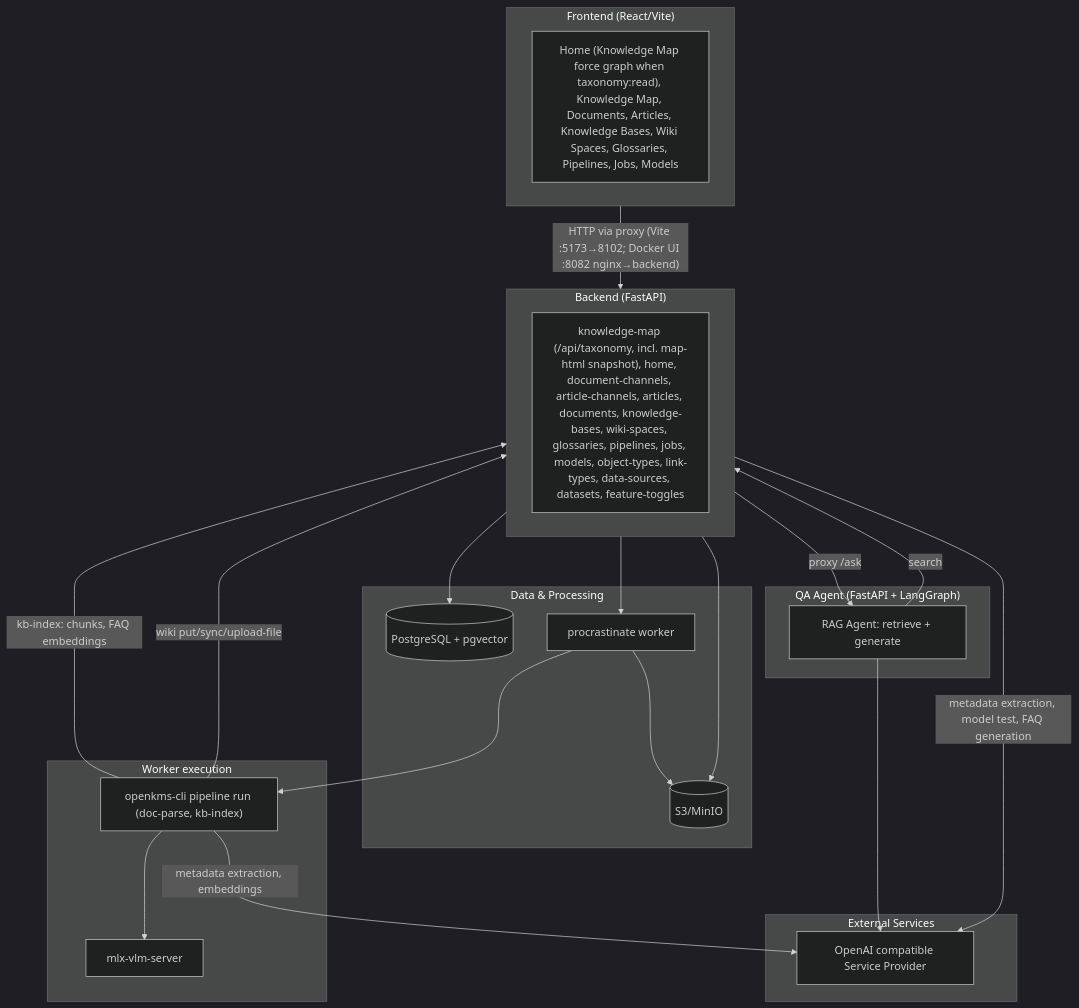
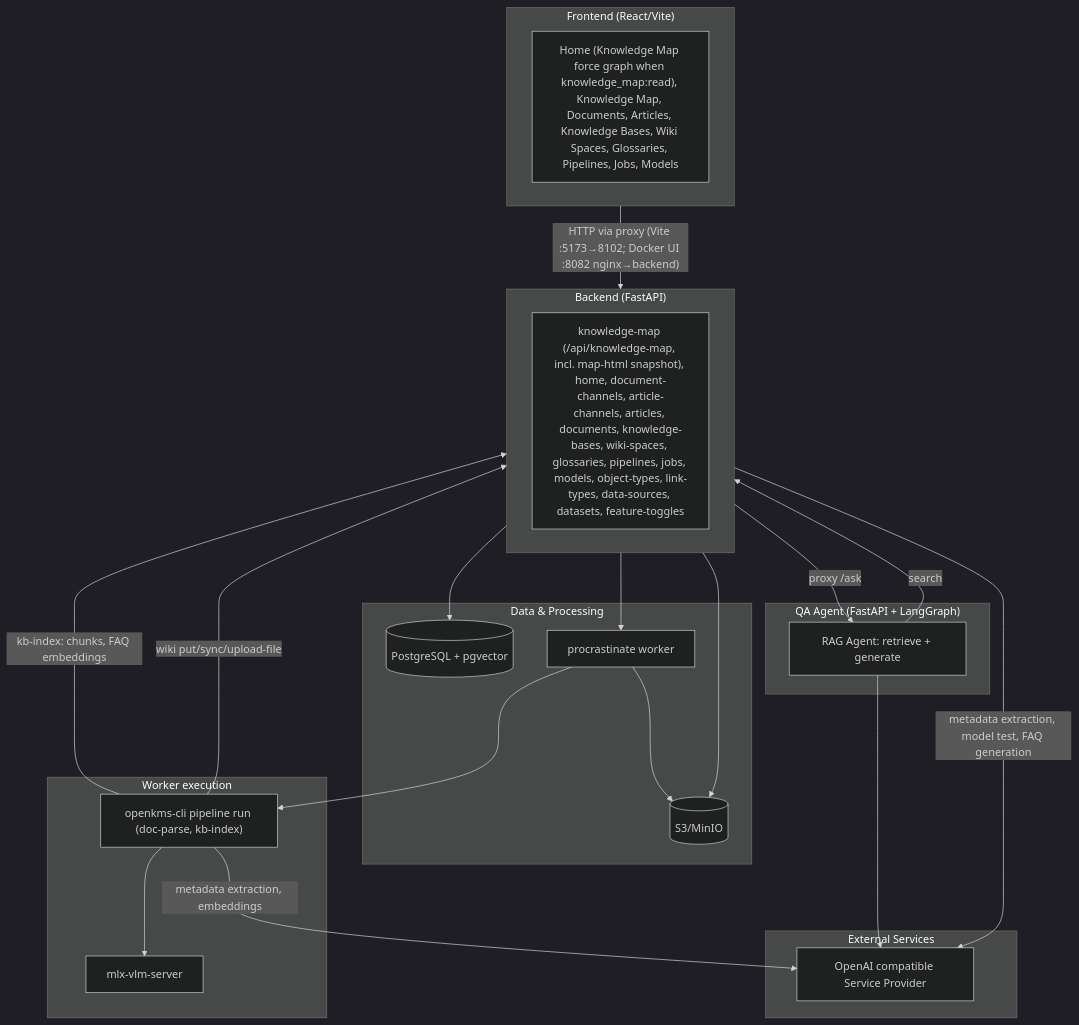
Before and after one commit to yingrui/openKMS: the first of 5 diagrams in docs/architecture.md, drawn with Mermaid (dark theme). The commit also changed other lines of this file and 43 other files, not shown here.

First line of the commit message:
Rename Knowledge Map API surface from taxonomy identifiers

````diff
--- a/docs/architecture.md
+++ b/docs/architecture.md
@@ -7,44 +7,44 @@
 ```mermaid
 flowchart TB
   subgraph Frontend["Frontend (React/Vite)"]
-    FE["Home (Knowledge Map force graph when taxonomy:read), Knowledge Map, Documents, Articles, Knowledge Bases, Wiki Spaces, Glossaries, Pipelines, Jobs, Models"]
+    FE["Home (Knowledge Map force graph when knowledge_map:read), Knowledge Map, Documents, Articles, Knowledge Bases, Wiki Spaces, Glossaries, Pipelines, Jobs, Models"]
   end
 
   subgraph Backend["Backend (FastAPI)"]
-    API["knowledge-map (/api/taxonomy, incl. map-html snapshot), home, document-channels, article-channels, articles, documents, knowledge-bases, wiki-spaces, glossaries, pipelines, jobs, models, object-types, link-types, data-sources, datasets, feature-toggles"]
+    API["knowledge-map (/api/knowledge-map, incl. map-html snapshot), home, document-channels, article-channels, articles, documents, knowledge-bases, wiki-spaces, glossaries, pipelines, jobs, models, object-types, link-types, data-sources, datasets, feature-toggles"]
   end
 
   subgraph Storage["Data & Processing"]
     PG[("PostgreSQL + pgvector")]
     S3[(S3/MinIO)]
     Worker["procrastinate worker"]
   end
 
   subgraph WorkerDetail["Worker execution"]
     CLI["openkms-cli pipeline run (doc-parse, kb-index)"]
     VLM["mlx-vlm-server"]
   end
 
   subgraph QAAgent["QA Agent (FastAPI + LangGraph)"]
     Agent["RAG Agent: retrieve + generate"]
   end
 
   subgraph External["External Services"]
     LLM["OpenAI compatible Service Provider"]
   end
 
   Frontend -->|"HTTP via proxy (Vite :5173→8102; Docker UI :8082 nginx→backend)"| Backend
   Backend --> PG
   Backend --> S3
   Backend --> Worker
   Backend -->|metadata extraction, model test, FAQ generation| LLM
   Backend -->|proxy /ask| Agent
   Agent -->|search| Backend
   Agent --> LLM
   Worker --> S3
   Worker --> CLI
   CLI --> VLM
   CLI -->|metadata extraction, embeddings| LLM
   CLI -->|kb-index: chunks, FAQ embeddings| Backend
   CLI -->|wiki put/sync/upload-file| Backend
 ```
````
